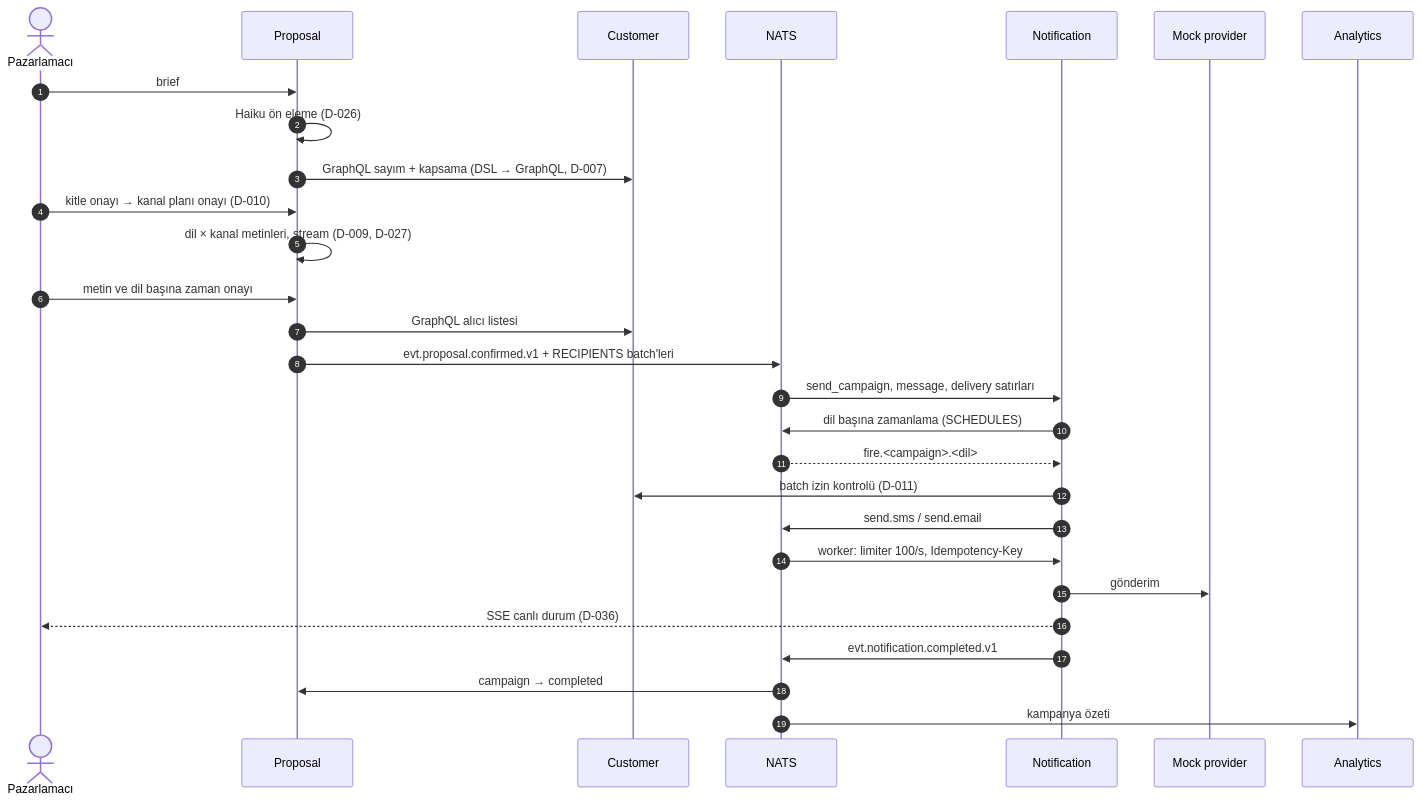
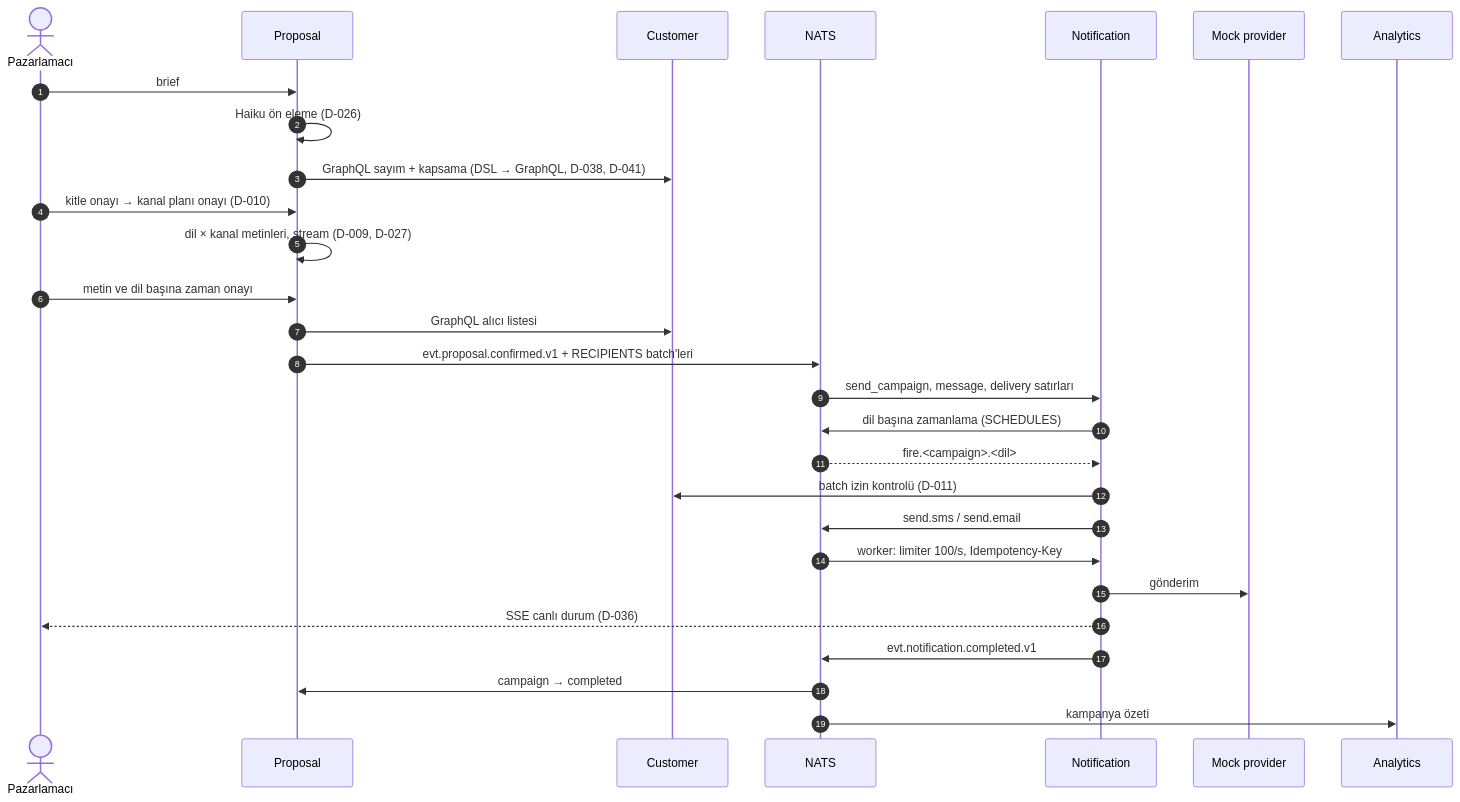
Before and after one commit to furknozg/coldbru: the eighth of 8 diagrams in docs/domain-model.md, drawn with Mermaid. The commit also changed other lines of this file and 3 other files, not shown here.

````diff
--- a/docs/domain-model.md
+++ b/docs/domain-model.md
@@ -337,31 +337,31 @@
 ```mermaid
 sequenceDiagram
     autonumber
     actor U as Pazarlamacı
     participant P as Proposal
     participant C as Customer
     participant Q as NATS
     participant N as Notification
     participant M as Mock provider
     participant A as Analytics
 
     U->>P: brief
     P->>P: Haiku ön eleme (D-026)
-    P->>C: GraphQL sayım + kapsama (DSL → GraphQL, D-007)
+    P->>C: GraphQL sayım + kapsama (DSL → GraphQL, D-038, D-041)
     U->>P: kitle onayı → kanal planı onayı (D-010)
     P->>P: dil × kanal metinleri, stream (D-009, D-027)
     U->>P: metin ve dil başına zaman onayı
     P->>C: GraphQL alıcı listesi
     P->>Q: evt.proposal.confirmed.v1 + RECIPIENTS batch'leri
     Q->>N: send_campaign, message, delivery satırları
     N->>Q: dil başına zamanlama (SCHEDULES)
     Q-->>N: fire.<campaign>.<dil>
     N->>C: batch izin kontrolü (D-011)
     N->>Q: send.sms / send.email
     Q->>N: worker: limiter 100/s, Idempotency-Key
     N->>M: gönderim
     N-->>U: SSE canlı durum (D-036)
     N->>Q: evt.notification.completed.v1
     Q->>P: campaign → completed
     Q->>A: kampanya özeti
 ```
````
